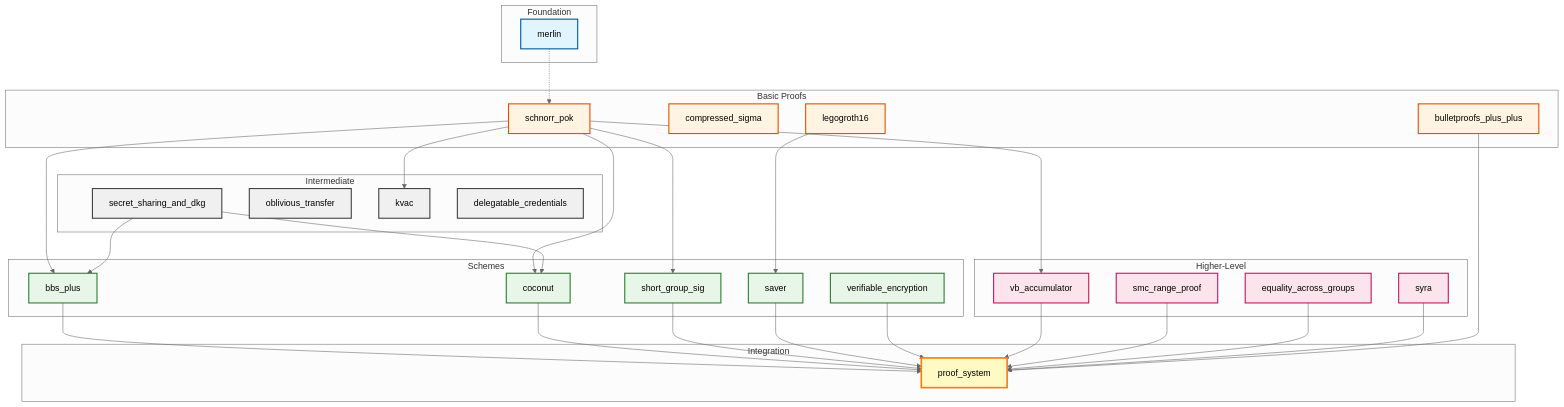
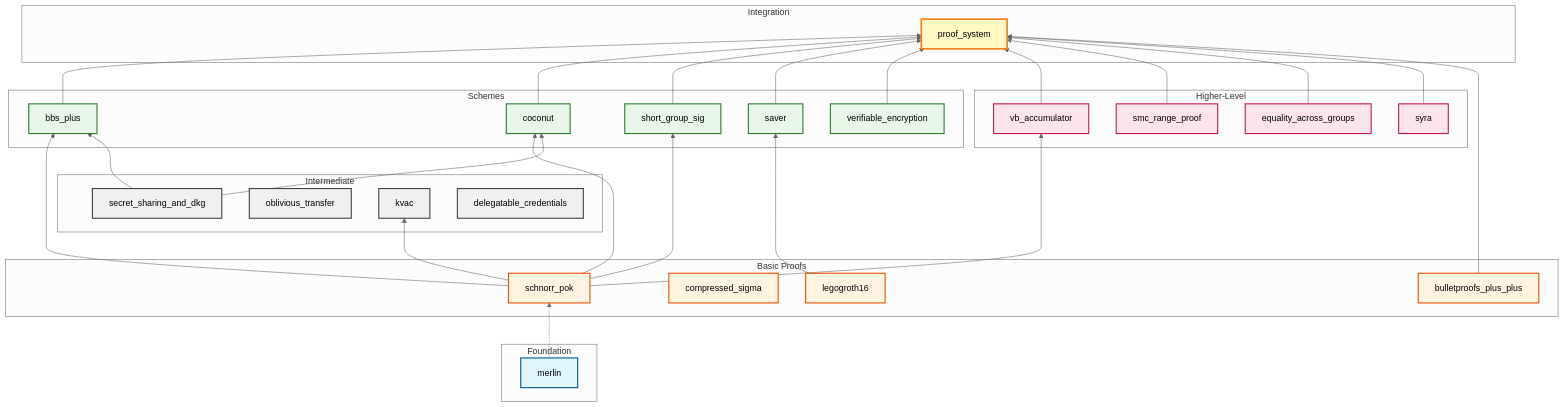
Before and after one commit to eid-privacy/eid-privacy.github.io: the diagram in _posts/2025-12-15-docknetwork-crypto-library.md, drawn with Mermaid (neutral theme). The commit also changed other lines of this file and 4 other files, not shown here.

Commit message:
Adds mermaid configuration to enable advanced viewing of the graphs

````diff
--- a/_posts/2025-12-15-docknetwork-crypto-library.md
+++ b/_posts/2025-12-15-docknetwork-crypto-library.md
@@ -113,5 +113,5 @@
 ```mermaid
-graph TB
+graph BT
     subgraph L0["Foundation"]
         merlin["merlin"]
     end
````
